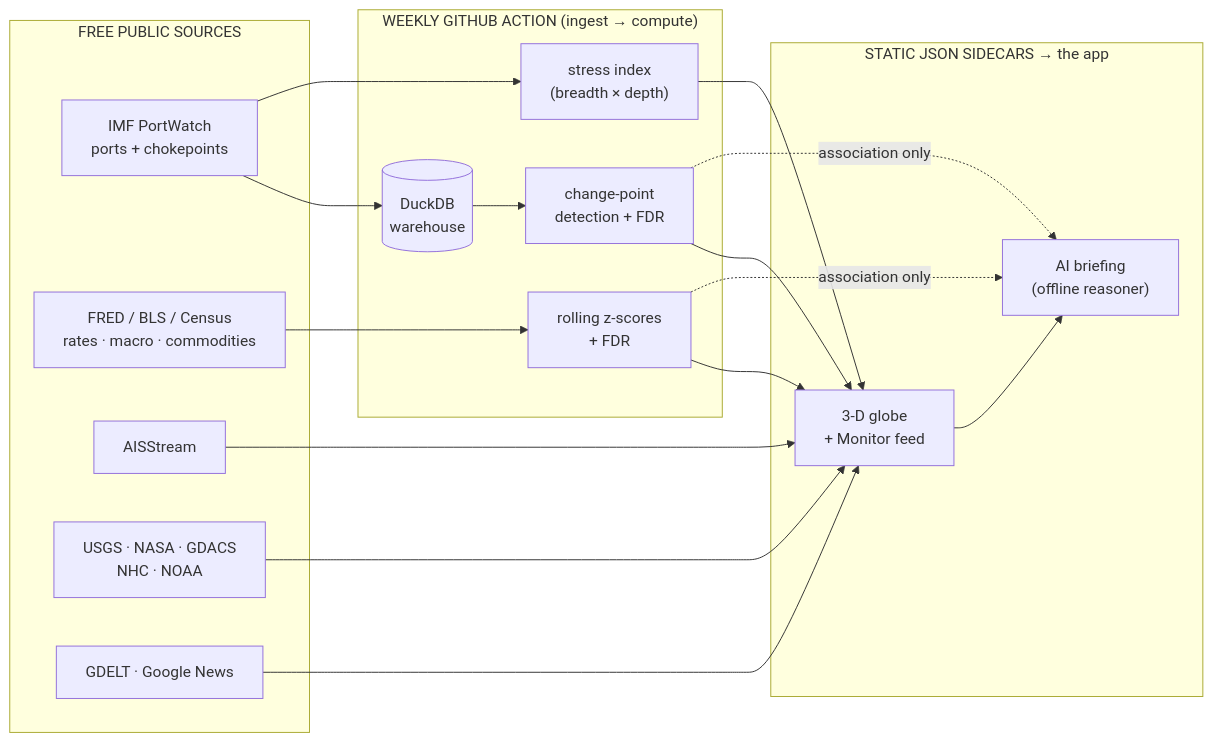
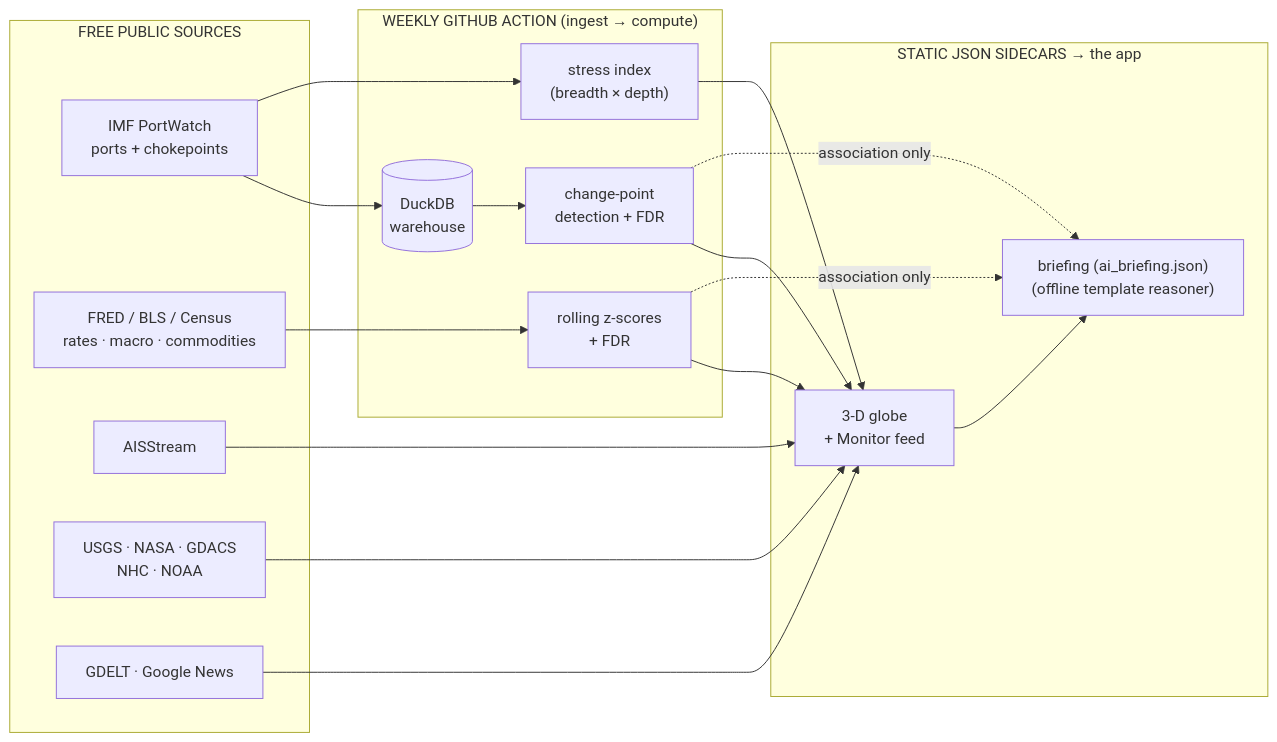
One commit to joshs444/freight-radar changed the diagram in docs/DATA-ATLAS.md. Above: the diagram before and after it, drawn with Mermaid. The commit also changed other lines of this file and 44 other files, not shown here.

````diff
--- a/docs/DATA-ATLAS.md
+++ b/docs/DATA-ATLAS.md
@@ -18,29 +18,29 @@
 ```mermaid
 flowchart LR
   subgraph SRC["FREE PUBLIC SOURCES"]
     PW["IMF PortWatch<br/>ports + chokepoints"]
     FRED["FRED / BLS / Census<br/>rates · macro · commodities"]
     AIS["AISStream"]
     HZ["USGS · NASA · GDACS<br/>NHC · NOAA"]
     NEWS["GDELT · Google News"]
   end
   subgraph PIPE["WEEKLY GITHUB ACTION (ingest → compute)"]
     DUCK[("DuckDB<br/>warehouse")]
     DET["change-point<br/>detection + FDR"]
     SIG["rolling z-scores<br/>+ FDR"]
     STR["stress index<br/>(breadth × depth)"]
   end
   subgraph OUT["STATIC JSON SIDECARS → the app"]
     GLOBE["3-D globe<br/>+ Monitor feed"]
-    BRIEF["AI briefing<br/>(offline reasoner)"]
+    BRIEF["briefing (ai_briefing.json)<br/>(offline template reasoner)"]
   end
   PW --> DUCK --> DET --> GLOBE
   FRED --> SIG --> GLOBE
   PW --> STR --> GLOBE
   AIS --> GLOBE
   HZ --> GLOBE
   NEWS --> GLOBE
   GLOBE --> BRIEF
   DET -. "association only" .-> BRIEF
   SIG -. "association only" .-> BRIEF
 ```
````
